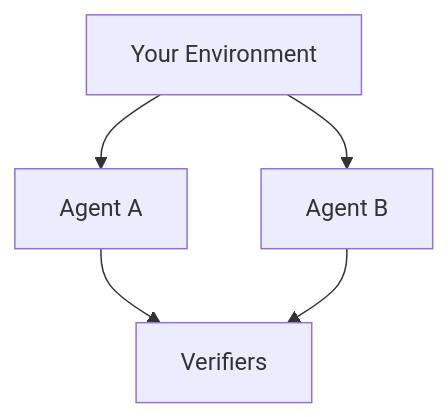
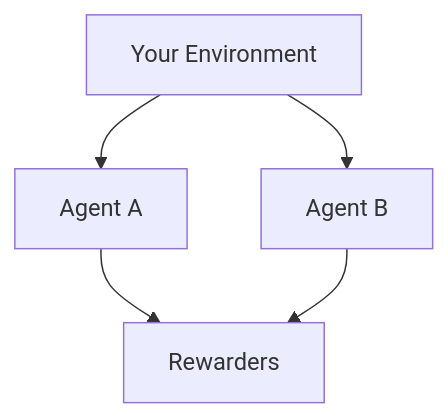
One commit to lastlabs-ai/plural changed the diagram in docs/motivation.md. Above: the diagram before and after it, drawn with Mermaid. The commit also changed other lines of this file and 201 other files, not shown here.

First line of the commit message:
Rewarders replace Verifiers, with final and step checks; plural env add

````diff
--- a/docs/motivation.md
+++ b/docs/motivation.md
@@ -37,11 +37,11 @@
 ```mermaid
 flowchart TB
   world["Your Environment"]
   agentA["Agent A"]
   agentB["Agent B"]
-  score["Verifiers"]
+  score["Rewarders"]
   world --> agentA
   world --> agentB
   agentA --> score
   agentB --> score
 ```
````
